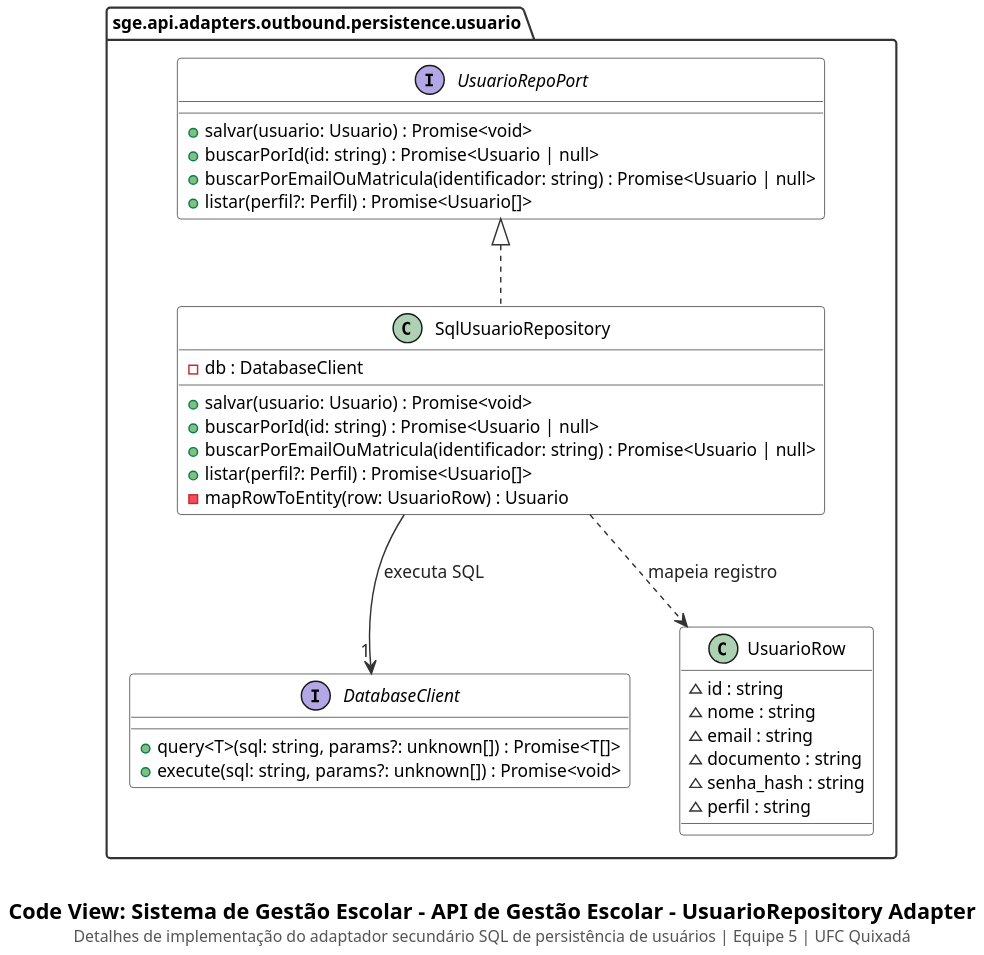
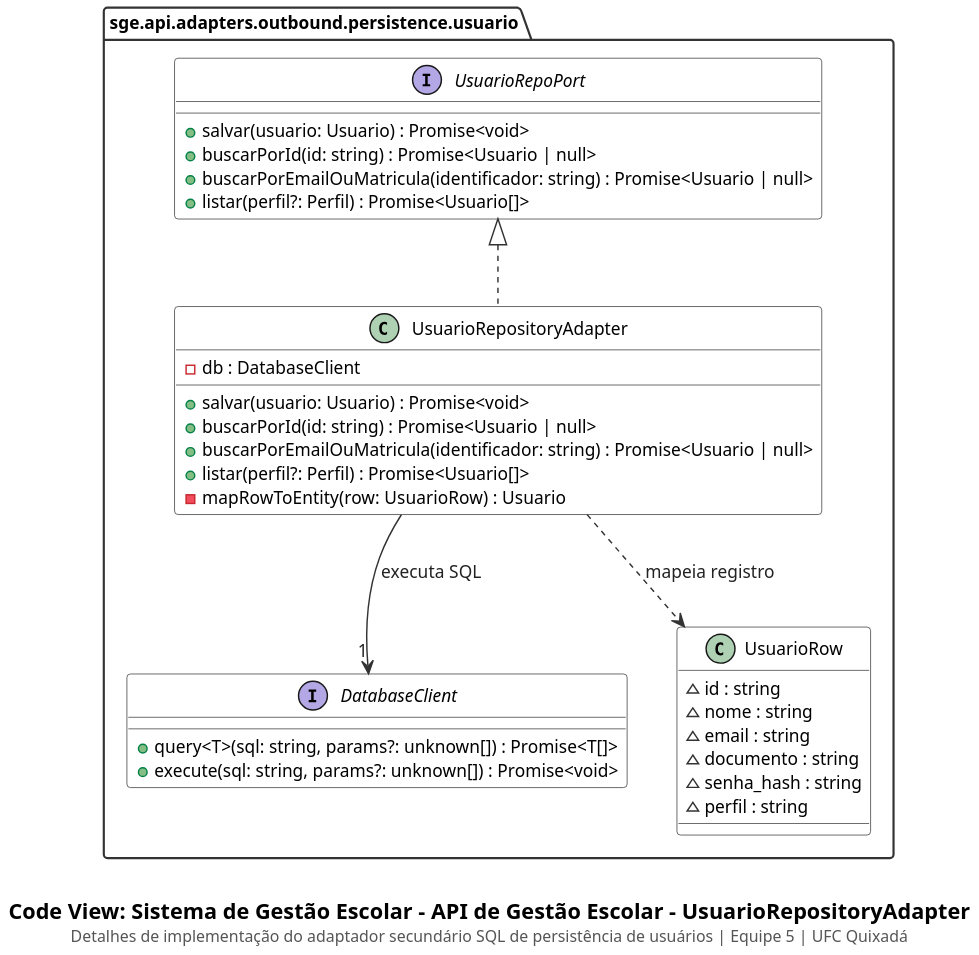
The diagram in docs/code/usuario-repository-adapter.puml (cicerocarnauba/sistema-gestao-escolar), drawn with PlantUML before and after one commit. The commit also changed 8 other files, not shown here.

Commit message:
docs: alinha nomenclatura entre diagramas C3 (componentes) e C4 (código)

```diff
--- a/docs/code/usuario-repository-adapter.puml
+++ b/docs/code/usuario-repository-adapter.puml
@@ -1,57 +1,57 @@
 @startuml
 set separator none
 top to bottom direction
 skinparam backgroundColor #FFFFFF
 skinparam shadowing false
 skinparam dpi 180
 skinparam defaultFontName "SansSerif"
 skinparam defaultFontSize 12
 skinparam packageStyle folder
 skinparam packageBackgroundColor #FFFFFF
 skinparam packageBorderColor #333333
 skinparam packageFontStyle bold
 skinparam classBackgroundColor #FFFFFF
 skinparam classHeaderBackgroundColor #FFFFFF
 skinparam classBorderColor #333333
 skinparam arrowColor #333333
 skinparam arrowFontColor #222222
 skinparam noteBackgroundColor #FAFAFA
 skinparam noteBorderColor #666666
 
 package "sge.api.adapters.outbound.persistence.usuario" {
     interface UsuarioRepoPort {
         + salvar(usuario: Usuario) : Promise<void>
         + buscarPorId(id: string) : Promise<Usuario | null>
         + buscarPorEmailOuMatricula(identificador: string) : Promise<Usuario | null>
         + listar(perfil?: Perfil) : Promise<Usuario[]>
     }
 
-    class SqlUsuarioRepository implements UsuarioRepoPort {
+    class UsuarioRepositoryAdapter implements UsuarioRepoPort {
         - db : DatabaseClient
         + salvar(usuario: Usuario) : Promise<void>
         + buscarPorId(id: string) : Promise<Usuario | null>
         + buscarPorEmailOuMatricula(identificador: string) : Promise<Usuario | null>
         + listar(perfil?: Perfil) : Promise<Usuario[]>
         - mapRowToEntity(row: UsuarioRow) : Usuario
     }
 
     interface DatabaseClient {
         + query<T>(sql: string, params?: unknown[]) : Promise<T[]>
         + execute(sql: string, params?: unknown[]) : Promise<void>
     }
 
     class UsuarioRow {
         ~ id : string
         ~ nome : string
         ~ email : string
         ~ documento : string
         ~ senha_hash : string
         ~ perfil : string
     }
 
-    SqlUsuarioRepository --> "1" DatabaseClient : executa SQL
-    SqlUsuarioRepository ..> UsuarioRow : mapeia registro
+    UsuarioRepositoryAdapter --> "1" DatabaseClient : executa SQL
+    UsuarioRepositoryAdapter ..> UsuarioRow : mapeia registro
 }
 
-caption \n<size:15><b>Code View: Sistema de Gestão Escolar - API de Gestão Escolar - UsuarioRepository Adapter</b></size>\n<size:11><color:#555555>Detalhes de implementação do adaptador secundário SQL de persistência de usuários | Equipe 5 | UFC Quixadá</color></size>
+caption \n<size:15><b>Code View: Sistema de Gestão Escolar - API de Gestão Escolar - UsuarioRepositoryAdapter</b></size>\n<size:11><color:#555555>Detalhes de implementação do adaptador secundário SQL de persistência de usuários | Equipe 5 | UFC Quixadá</color></size>
 @enduml
```
